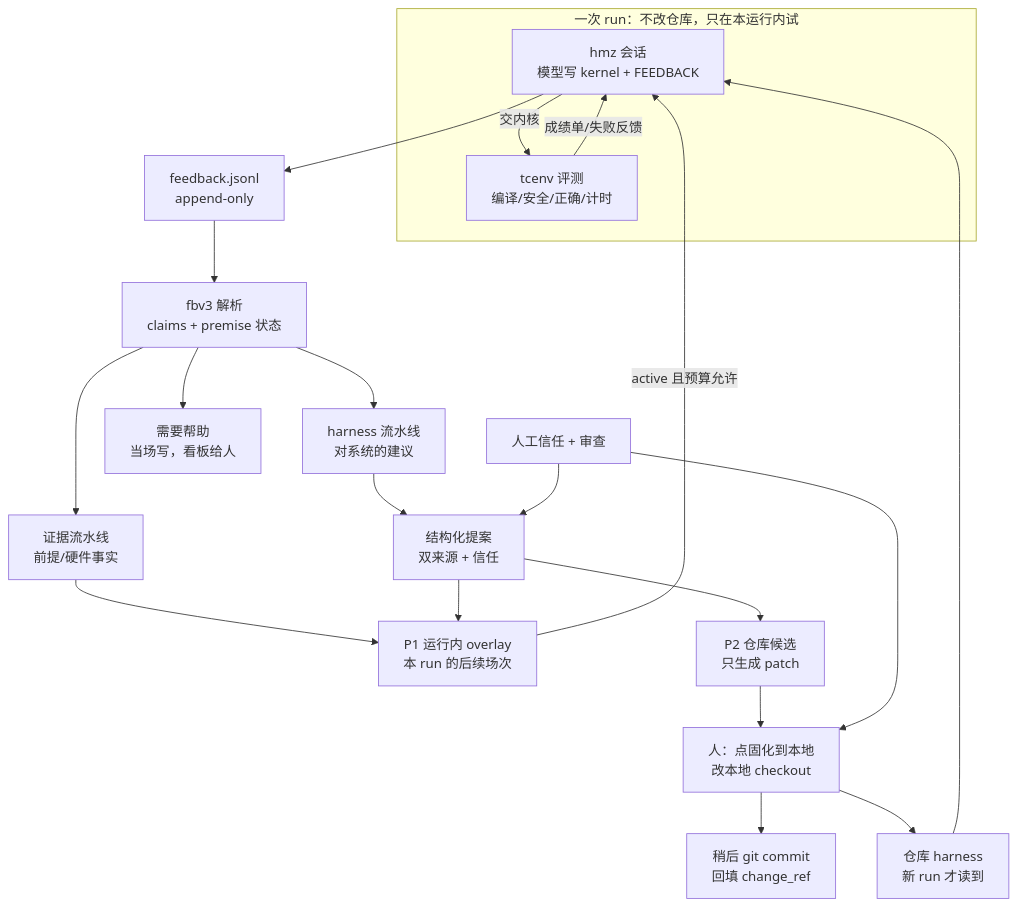
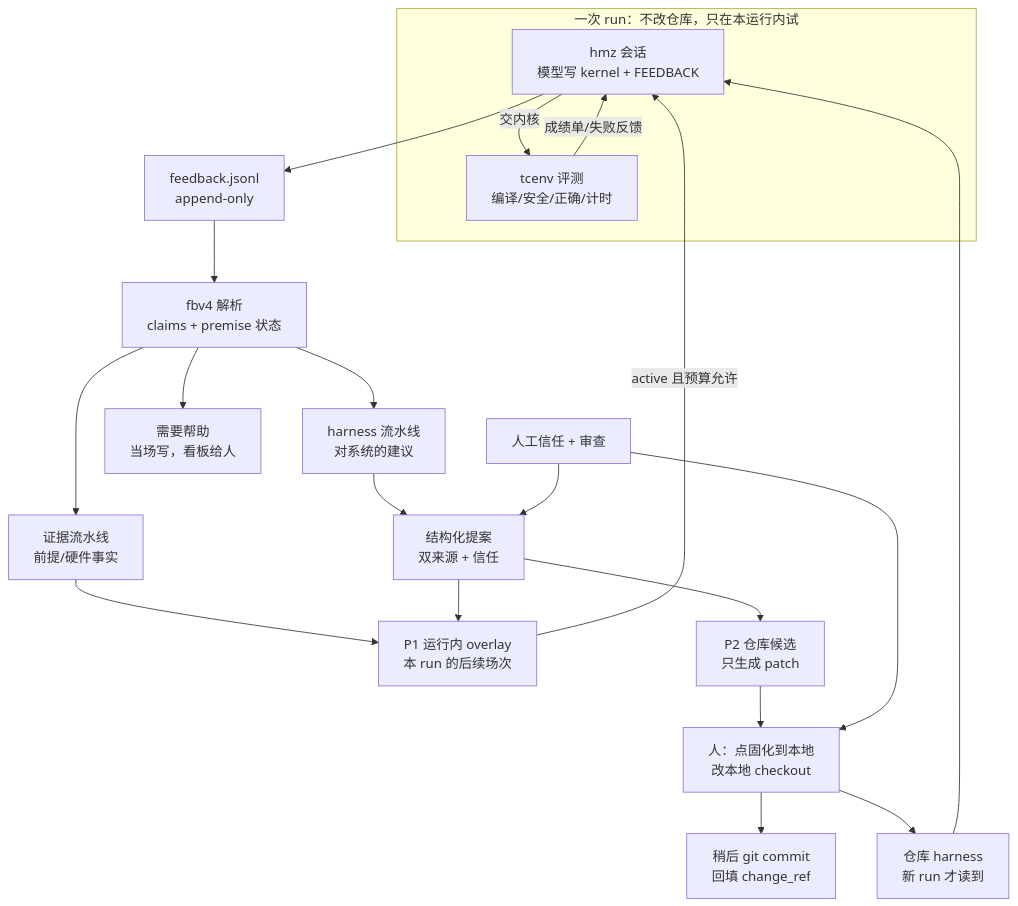
The first of 7 diagrams in docs/架构/可信harness.md (kuafuwang/ShapeForge), drawn with Mermaid before and after one commit. The commit also changed 8 other files, not shown here.

````diff
--- a/docs/架构/可信harness.md
+++ b/docs/架构/可信harness.md
@@ -9,27 +9,27 @@
 ```mermaid
 flowchart TB
   subgraph run["一次 run：不改仓库，只在本运行内试"]
     S["hmz 会话<br/>模型写 kernel + FEEDBACK"]
     E["tcenv 评测<br/>编译/安全/正确/计时"]
     S -->|"交内核"| E
     E -->|"成绩单/失败反馈"| S
   end
   F["feedback.jsonl<br/>append-only"]
   S --> F
-  P["fbv3 解析<br/>claims + premise 状态"]
+  P["fbv4 解析<br/>claims + premise 状态"]
   F --> P
   P --> EV["证据流水线<br/>前提/硬件事实"]
   P --> HP["harness 流水线<br/>对系统的建议"]
   P --> ASK["需要帮助<br/>当场写，看板给人"]
   EV --> O["P1 运行内 overlay<br/>本 run 的后续场次"]
   HP --> Q["结构化提案<br/>双来源 + 信任"]
   Q --> O
   O -->|"active 且预算允许"| S
   Q --> P2["P2 仓库候选<br/>只生成 patch"]
   P2 --> H["人：点固化到本地<br/>改本地 checkout"]
   H --> C["稍后 git commit<br/>回填 change_ref"]
   H --> R["仓库 harness<br/>新 run 才读到"]
   R --> S
   T["人工信任 + 审查"] --> Q
   T --> H
 ```
````
